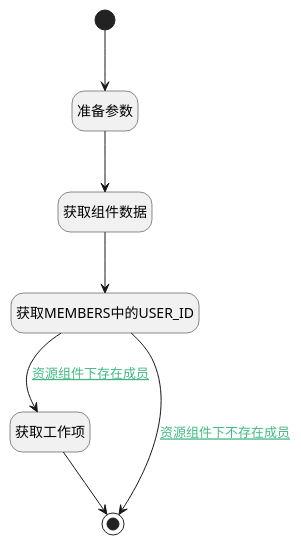
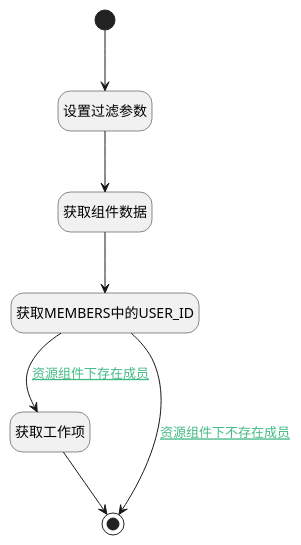
Before and after one commit to iBizLab/plm: the diagram in doc/docsify/module/ProjMgmt/work_item/logic/resource_assignment.md, drawn with PlantUML. The commit also changed other lines of this file and 1778 other files, not shown here.

````diff
--- a/doc/docsify/module/ProjMgmt/work_item/logic/resource_assignment.md
+++ b/doc/docsify/module/ProjMgmt/work_item/logic/resource_assignment.md
@@ -7,28 +7,28 @@
 ```plantuml
 @startuml
 hide empty description
 <style>
 root {
   HyperlinkColor #42b983
 }
 </style>
 
 hide empty description
 state "开始" as Begin <<start>> [[$./resource_assignment#begin {"开始"}]]
-state "准备参数" as PREPAREPARAM1  [[$./resource_assignment#prepareparam1 {"准备参数"}]]
+state "设置过滤参数" as PREPAREPARAM1  [[$./resource_assignment#prepareparam1 {"设置过滤参数"}]]
 state "获取组件数据" as DEACTION1  [[$./resource_assignment#deaction1 {"获取组件数据"}]]
 state "获取工作项" as DEDATASET1  [[$./resource_assignment#dedataset1 {"获取工作项"}]]
 state "获取MEMBERS中的USER_ID" as RAWSFCODE1  [[$./resource_assignment#rawsfcode1 {"获取MEMBERS中的USER_ID"}]]
 state "结束" as END1 <<end>> [[$./resource_assignment#end1 {"结束"}]]
 
 
 Begin --> PREPAREPARAM1
 PREPAREPARAM1 --> DEACTION1
 DEACTION1 --> RAWSFCODE1
 RAWSFCODE1 --> DEDATASET1 : [[$./resource_assignment#rawsfcode1-dedataset1{资源组件下存在成员} 资源组件下存在成员]]
 DEDATASET1 --> END1
 RAWSFCODE1 --> END1 : [[$./resource_assignment#rawsfcode1-end1{资源组件下不存在成员} 资源组件下不存在成员]]
 
 
 @enduml
 ```
````
